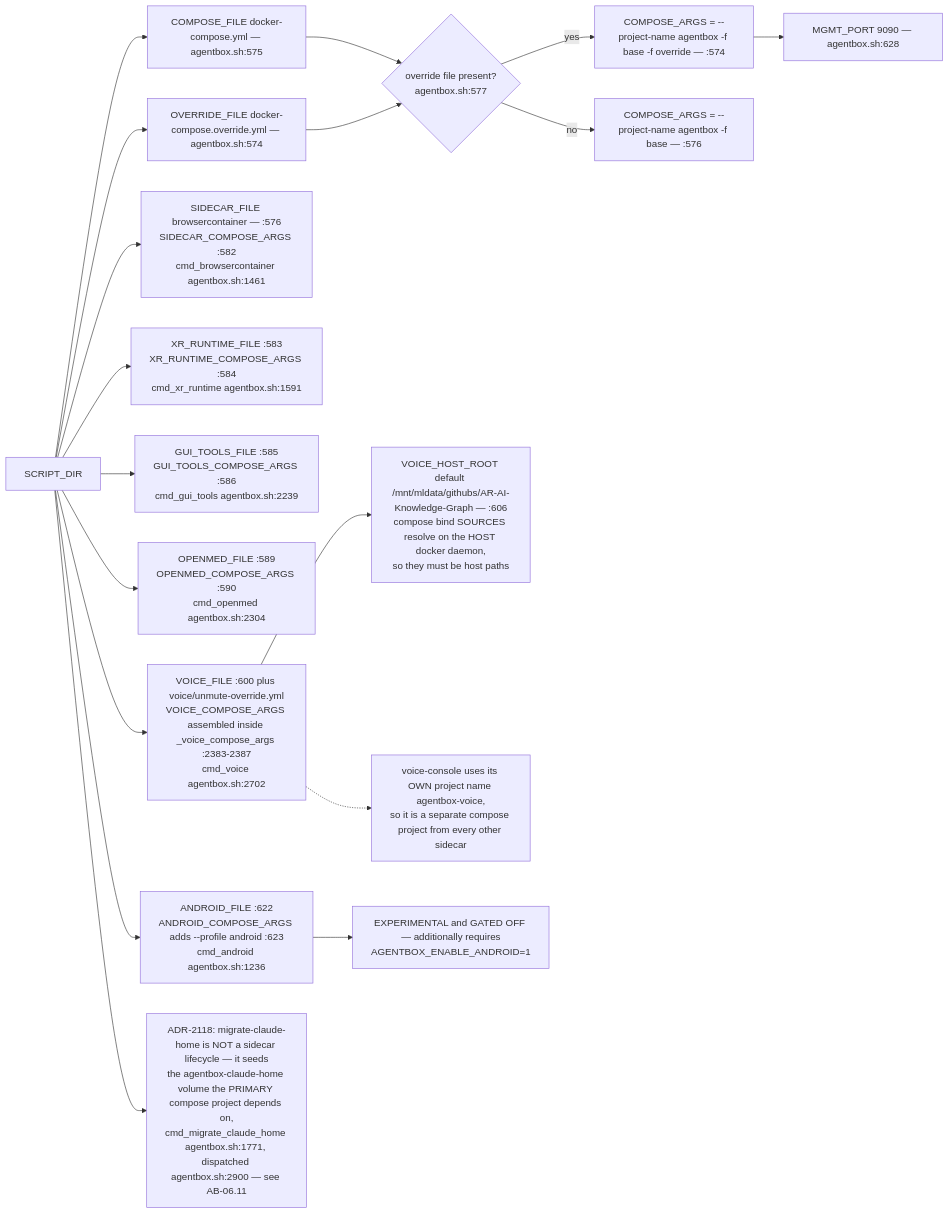
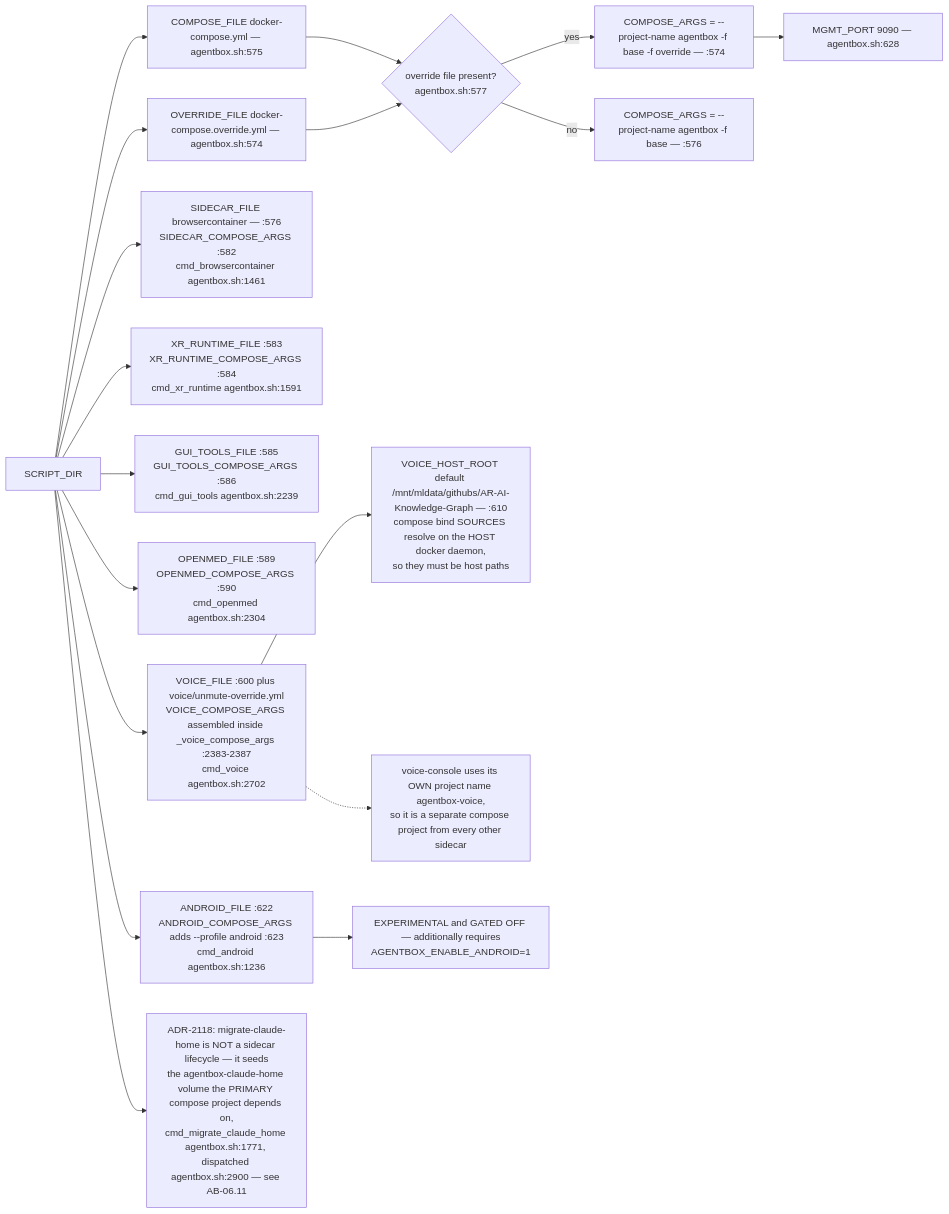
Before and after one commit to DreamLab-AI/VisionFlow: the sixth of 14 diagrams in docs/diagrams/agentbox/06-sidecars-and-compose-overlays.md, drawn with Mermaid. The commit also changed 39 other files, not shown here.

````diff
--- a/docs/diagrams/agentbox/06-sidecars-and-compose-overlays.md
+++ b/docs/diagrams/agentbox/06-sidecars-and-compose-overlays.md
@@ -197,20 +197,20 @@
 ```mermaid
 flowchart LR
     SD["SCRIPT_DIR"] --> A1["COMPOSE_FILE docker-compose.yml — agentbox.sh:575"]
     SD --> A2["OVERRIDE_FILE docker-compose.override.yml — agentbox.sh:574"]
     A1 --> CA{"override file present?<br/>agentbox.sh:577"}
     A2 --> CA
     CA -->|yes| CA1["COMPOSE_ARGS = --project-name agentbox -f base -f override — :574"]
     CA -->|no| CA2["COMPOSE_ARGS = --project-name agentbox -f base — :576"]
     SD --> S1["SIDECAR_FILE browsercontainer — :576<br/>SIDECAR_COMPOSE_ARGS :582<br/>cmd_browsercontainer agentbox.sh:1461"]
     SD --> S2["XR_RUNTIME_FILE :583<br/>XR_RUNTIME_COMPOSE_ARGS :584<br/>cmd_xr_runtime agentbox.sh:1591"]
     SD --> S3["GUI_TOOLS_FILE :585<br/>GUI_TOOLS_COMPOSE_ARGS :586<br/>cmd_gui_tools agentbox.sh:2239"]
     SD --> S4["OPENMED_FILE :589<br/>OPENMED_COMPOSE_ARGS :590<br/>cmd_openmed agentbox.sh:2304"]
     SD --> S5["VOICE_FILE :600 plus voice/unmute-override.yml<br/>VOICE_COMPOSE_ARGS assembled inside _voice_compose_args :2383-2387<br/>cmd_voice agentbox.sh:2702"]
     SD --> S6["ANDROID_FILE :622<br/>ANDROID_COMPOSE_ARGS adds --profile android :623<br/>cmd_android agentbox.sh:1236"]
-    S5 --> VH["VOICE_HOST_ROOT default /mnt/mldata/githubs/AR-AI-Knowledge-Graph — :606<br/>compose bind SOURCES resolve on the HOST docker daemon,<br/>so they must be host paths"]
+    S5 --> VH["VOICE_HOST_ROOT default /mnt/mldata/githubs/AR-AI-Knowledge-Graph — :610<br/>compose bind SOURCES resolve on the HOST docker daemon,<br/>so they must be host paths"]
     S6 --> AG["EXPERIMENTAL and GATED OFF — additionally requires<br/>AGENTBOX_ENABLE_ANDROID=1"]
     CA1 --> MGMT["MGMT_PORT 9090 — agentbox.sh:628"]
     S5 -.-> VNOTE["voice-console uses its OWN project name agentbox-voice,<br/>so it is a separate compose project from every other sidecar"]
     SD --> S7["ADR-2118: migrate-claude-home is NOT a sidecar lifecycle — it seeds<br/>the agentbox-claude-home volume the PRIMARY compose project depends on,<br/>cmd_migrate_claude_home agentbox.sh:1771, dispatched agentbox.sh:2900 — see AB-06.11"]
 ```
````
